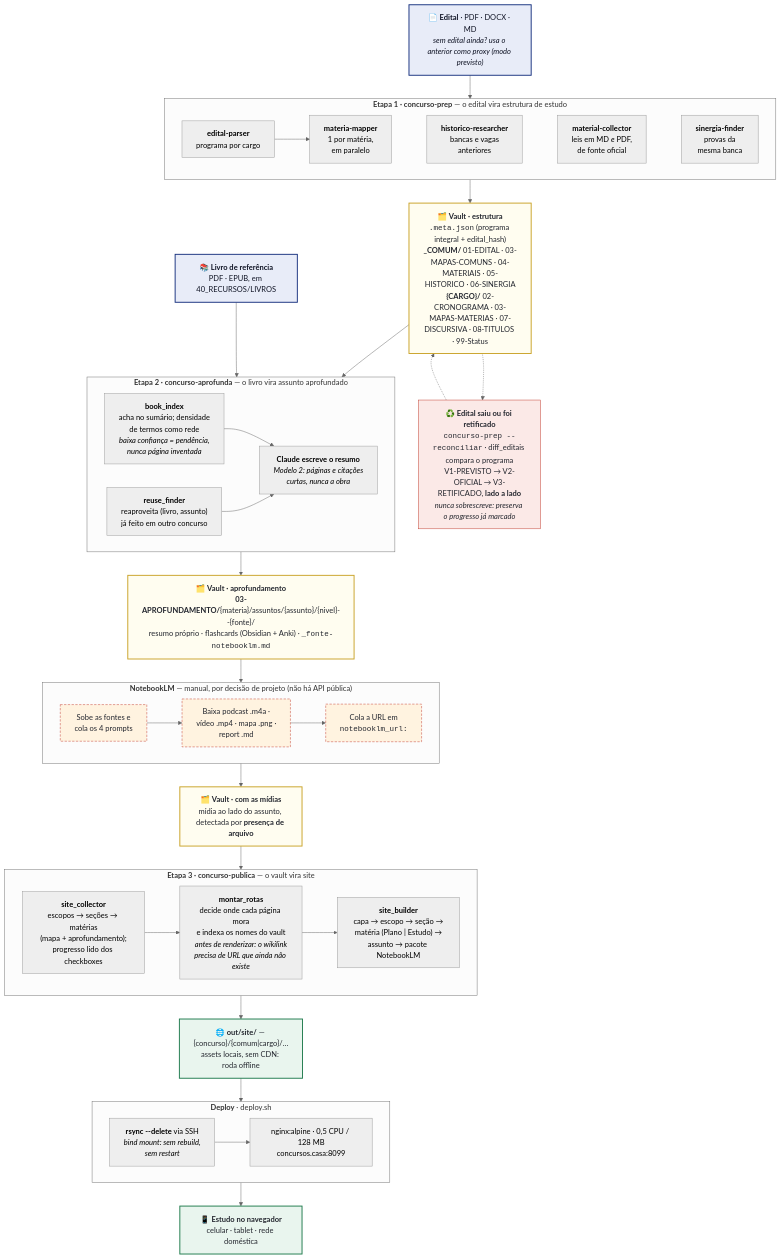
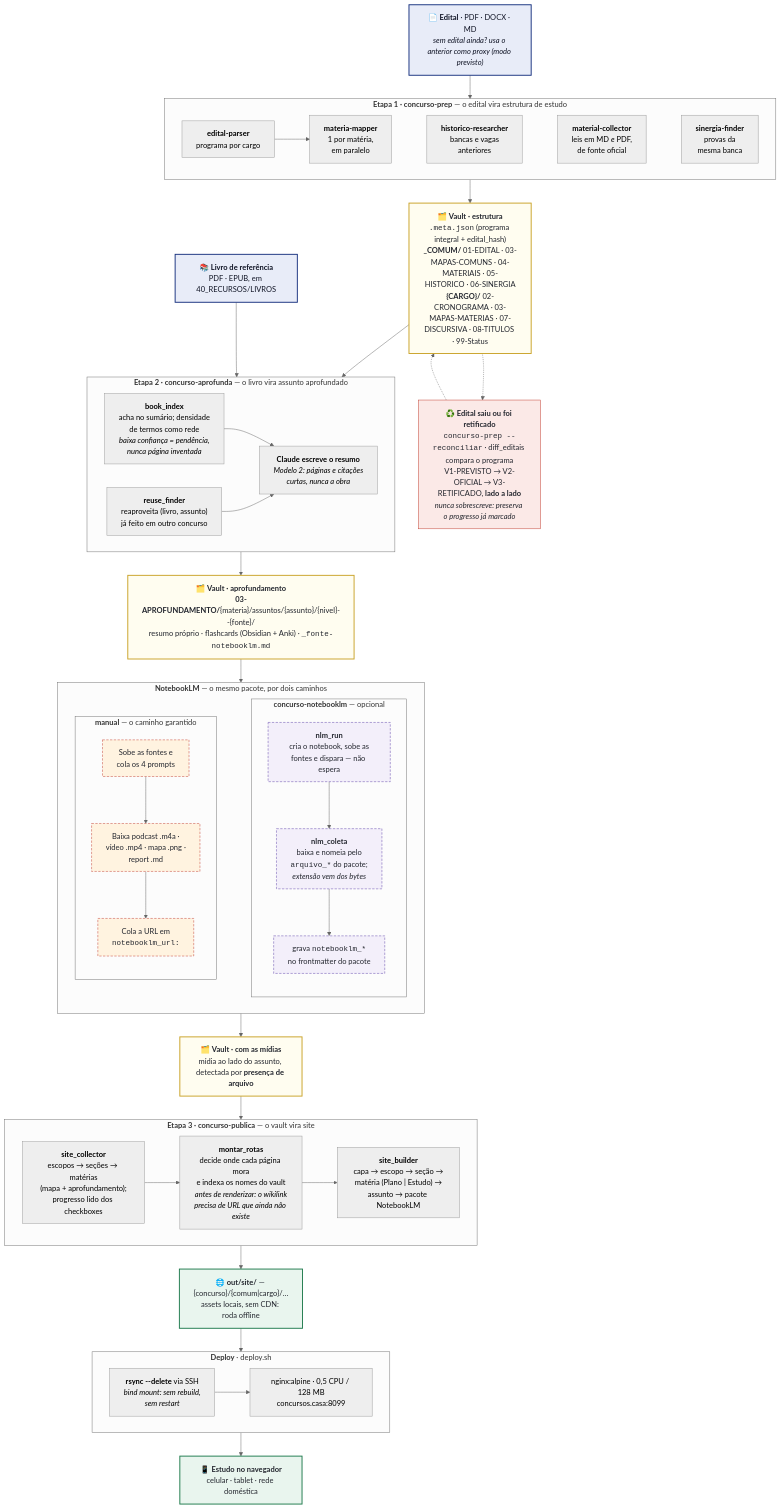
The diagram in docs/fluxo-concurso.mmd (sebagonella/concursos), drawn with Mermaid (neutral theme) before and after one commit. The commit also changed 2 other files, not shown here.

Commit message:
docs(fluxo): o diagrama afirmava que a integracao e' manual por decisao de projeto
O bloco NB dizia "manual, por decisao de projeto (nao ha API publica)" — premissa que
deixou de valer quando a concurso-notebooklm entrou. Agora o bloco mostra os DOIS
caminhos para o mesmo pacote: a pista manual (garantida) e a automatizada (opcional),
com nlm_run/nlm_coleta e o registro do bloco notebooklm_* no frontmatter.

As duas pistas sao subgraphs irmaos DENTRO de NB, e nao duas arestas saindo de vaultB:
assim a espinha continua com uma aresta so entre etapas consecutivas, que e' a regra de
layout que o proprio .mmd documenta. O motivo ficou registrado no cabecalho.

Junto: o cabecalho do .mmd apontava a versao renderizada para docs/ARQUITETURA.md,
mas ela vive no README (o ARQUITETURA.md ja dizia isso corretamente); e o
docs/fluxo-concurso.png, que o CLAUDE.md listava como existente ha tempos, passa a
existir de fato — export deste .mmd, com o comando de regeracao no cabecalho.

Claude-Session: https://claude.ai/code/session_01KihjeYsS69zofSmRH2Gkpo

```diff
--- a/docs/fluxo-concurso.mmd
+++ b/docs/fluxo-concurso.mmd
@@ -1,95 +1,115 @@
 %% Fluxo completo de um concurso: do edital ao site no ar.
-%% Fonte deste diagrama; a versão renderizada vive em docs/ARQUITETURA.md.
+%% Fonte deste diagrama. O bloco renderizado vive no README.md (é onde quem chega ao
+%% repositório o vê primeiro); docs/ARQUITETURA.md explica POR QUE o desenho é este.
+%% docs/fluxo-concurso.png é export deste arquivo — regerar junto ao editar:
+%%   npx @mermaid-js/mermaid-cli -i docs/fluxo-concurso.mmd -o docs/fluxo-concurso.png
 %% A espinha é DELIBERADAMENTE linear (uma aresta entre etapas consecutivas) e o
 %% vault aparece em três estados, não como uma caixa única com setas entrando e
 %% saindo de todo lado: com fan-out (a --> b & c) e cross-links pontilhados, o
 %% layout automático do Mermaid embaralha a ordem de leitura.
+%% Pelo mesmo motivo, os DOIS caminhos do NotebookLM (manual e automatizado) são
+%% subgraphs irmãos DENTRO de NB, e não duas arestas saindo de vaultB: assim a
+%% espinha continua com uma aresta só entre vaultB e vaultC.
 %% Atenção: linha contendo APENAS `%%` engole a quebra e cola no `flowchart`.
 flowchart TB
     edital["📄 <b>Edital</b> · PDF · DOCX · MD<br/><i>sem edital ainda? usa o anterior como proxy (modo previsto)</i>"]
 
     subgraph E1["<b>Etapa 1 · concurso-prep</b> — o edital vira estrutura de estudo"]
         direction LR
         a1["<b>edital-parser</b><br/>programa por cargo"]
         a2["<b>materia-mapper</b><br/>1 por matéria,<br/>em paralelo"]
         a3["<b>historico-researcher</b><br/>bancas e vagas<br/>anteriores"]
         a4["<b>material-collector</b><br/>leis em MD <i>e</i> PDF,<br/>de fonte oficial"]
         a5["<b>sinergia-finder</b><br/>provas da<br/>mesma banca"]
         a1 --> a2
         %% links INVISÍVEIS só para posicionar em linha: com `direction LR` e sem
         %% aresta, nó solto cai todo no rank 0 e a caixa sai alta e vazia. Os quatro
         %% rodam em paralelo — a sequência aqui é de layout, não de execução.
         a2 ~~~ a3 ~~~ a4 ~~~ a5
     end
 
     vaultA["🗂️ <b>Vault · estrutura</b><br/><code>.meta.json</code> (programa integral + edital_hash)<br/><b>_COMUM/</b> 01-EDITAL · 03-MAPAS-COMUNS · 04-MATERIAIS · 05-HISTORICO · 06-SINERGIA<br/><b>{CARGO}/</b> 02-CRONOGRAMA · 03-MAPAS-MATERIAS · 07-DISCURSIVA · 08-TITULOS · 99-Status"]
 
     livro["📚 <b>Livro de referência</b><br/>PDF · EPUB, em 40_RECURSOS/LIVROS"]
 
     subgraph E2["<b>Etapa 2 · concurso-aprofunda</b> — o livro vira assunto aprofundado"]
         direction LR
         b1["<b>book_index</b><br/>acha no sumário; densidade<br/>de termos como rede<br/><i>baixa confiança = pendência,<br/>nunca página inventada</i>"]
         b2["<b>reuse_finder</b><br/>reaproveita (livro, assunto)<br/>já feito em outro concurso"]
         b3["<b>Claude escreve o resumo</b><br/><i>Modelo 2: páginas e citações<br/>curtas, nunca a obra</i>"]
         b1 --> b3
         b2 --> b3
     end
 
     vaultB["🗂️ <b>Vault · aprofundamento</b><br/><b>03-APROFUNDAMENTO/</b>{materia}/assuntos/{assunto}/{nivel}--{fonte}/<br/>resumo próprio · flashcards (Obsidian + Anki) · <code>_fonte-notebooklm.md</code>"]
 
-    subgraph NB["<b>NotebookLM</b> — manual, por decisão de projeto (não há API pública)"]
+    subgraph NB["<b>NotebookLM</b> — o mesmo pacote, por dois caminhos"]
         direction LR
-        n1["Sobe as fontes e<br/>cola os 4 prompts"]
-        n2["Baixa podcast .m4a ·<br/>vídeo .mp4 · mapa .png ·<br/>report .md"]
-        n3["Cola a URL em<br/><code>notebooklm_url:</code>"]
-        n1 --> n2 --> n3
+        subgraph MAN["<b>manual</b> — o caminho garantido"]
+            direction TB
+            n1["Sobe as fontes e<br/>cola os 4 prompts"]
+            n2["Baixa podcast .m4a ·<br/>vídeo .mp4 · mapa .png ·<br/>report .md"]
+            n3["Cola a URL em<br/><code>notebooklm_url:</code>"]
+            n1 --> n2 --> n3
+        end
+        subgraph AUTO["<b>concurso-notebooklm</b> — opcional"]
+            direction TB
+            m1["<b>nlm_run</b><br/>cria o notebook, sobe as<br/>fontes e dispara — não espera"]
+            m2["<b>nlm_coleta</b><br/>baixa e nomeia pelo<br/><code>arquivo_*</code> do pacote;<br/><i>extensão vem dos bytes</i>"]
+            m3["grava <code>notebooklm_*</code><br/>no frontmatter do pacote"]
+            m1 --> m2 --> m3
+        end
+        %% link invisível: sem ele os dois caminhos empilham em vez de ficar lado a lado
+        MAN ~~~ AUTO
     end
 
     vaultC["🗂️ <b>Vault · com as mídias</b><br/>mídia ao lado do assunto, detectada por <b>presença de arquivo</b>"]
 
     subgraph E3["<b>Etapa 3 · concurso-publica</b> — o vault vira site"]
         direction LR
         c1["<b>site_collector</b><br/>escopos → seções → matérias<br/>(mapa + aprofundamento);<br/>progresso lido dos checkboxes"]
         c2["<b>montar_rotas</b><br/>decide onde cada página mora<br/>e indexa os nomes do vault<br/><i>antes de renderizar: o wikilink<br/>precisa de URL que ainda não existe</i>"]
         c3["<b>site_builder</b><br/>capa → escopo → seção →<br/>matéria (Plano | Estudo) →<br/>assunto → pacote NotebookLM"]
         c1 --> c2 --> c3
     end
 
     site["🌐 <b>out/site/</b> — {concurso}/{comum|cargo}/…<br/>assets locais, sem CDN: roda offline"]
 
     subgraph D["<b>Deploy</b> · deploy.sh"]
         direction LR
         d1["<b>rsync --delete</b> via SSH<br/><i>bind mount: sem rebuild,<br/>sem restart</i>"]
         d2["nginx:alpine · 0,5 CPU / 128 MB<br/>concursos.casa:8099"]
         d1 --> d2
     end
 
     nav["📱 <b>Estudo no navegador</b><br/>celular · tablet · rede doméstica"]
 
     edital --> E1
     E1 --> vaultA
     vaultA --> E2
     livro --> E2
     E2 --> vaultB
     vaultB --> NB
     NB --> vaultC
     vaultC --> E3
     E3 --> site
     site --> D
     D --> nav
 
     ret["♻️ <b>Edital saiu ou foi retificado</b><br/><code>concurso-prep --reconciliar</code> · diff_editais compara o programa<br/>V1-PREVISTO → V2-OFICIAL → V3-RETIFICADO, <b>lado a lado</b><br/><i>nunca sobrescreve: preserva o progresso já marcado</i>"]
     vaultA -.-> ret
     ret -.-> vaultA
 
     classDef fonte fill:#E8ECF8,stroke:#16307E,stroke-width:2px,color:#101425
     classDef vaultBox fill:#FFFDF0,stroke:#C9A227,stroke-width:2px,color:#23262E
     classDef manual fill:#FFF3E0,stroke:#C0392B,stroke-dasharray:5 3,color:#23262E
+    classDef auto fill:#F3EFFA,stroke:#5B3FA8,stroke-dasharray:5 3,color:#23262E
     classDef saida fill:#E9F5EE,stroke:#1E7A4C,stroke-width:2px,color:#23262E
     classDef recon fill:#FBE9E7,stroke:#C0392B,color:#23262E
 
     class edital,livro fonte
     class vaultA,vaultB,vaultC vaultBox
     class n1,n2,n3 manual
+    class m1,m2,m3 auto
     class site,nav saida
     class ret recon
```
